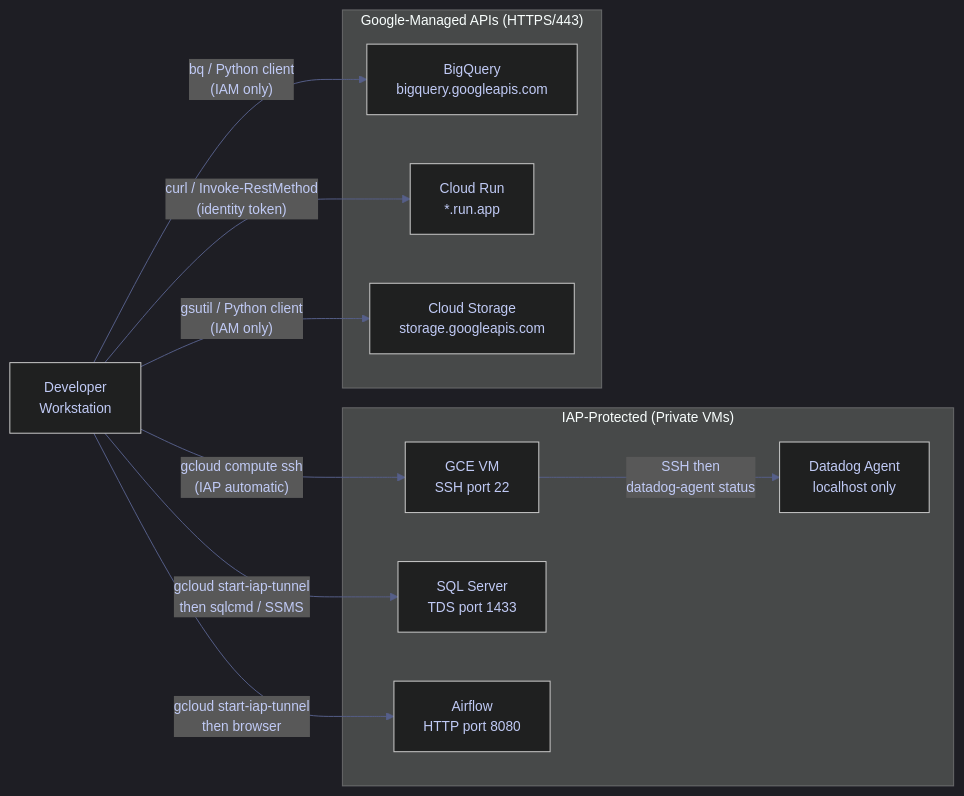
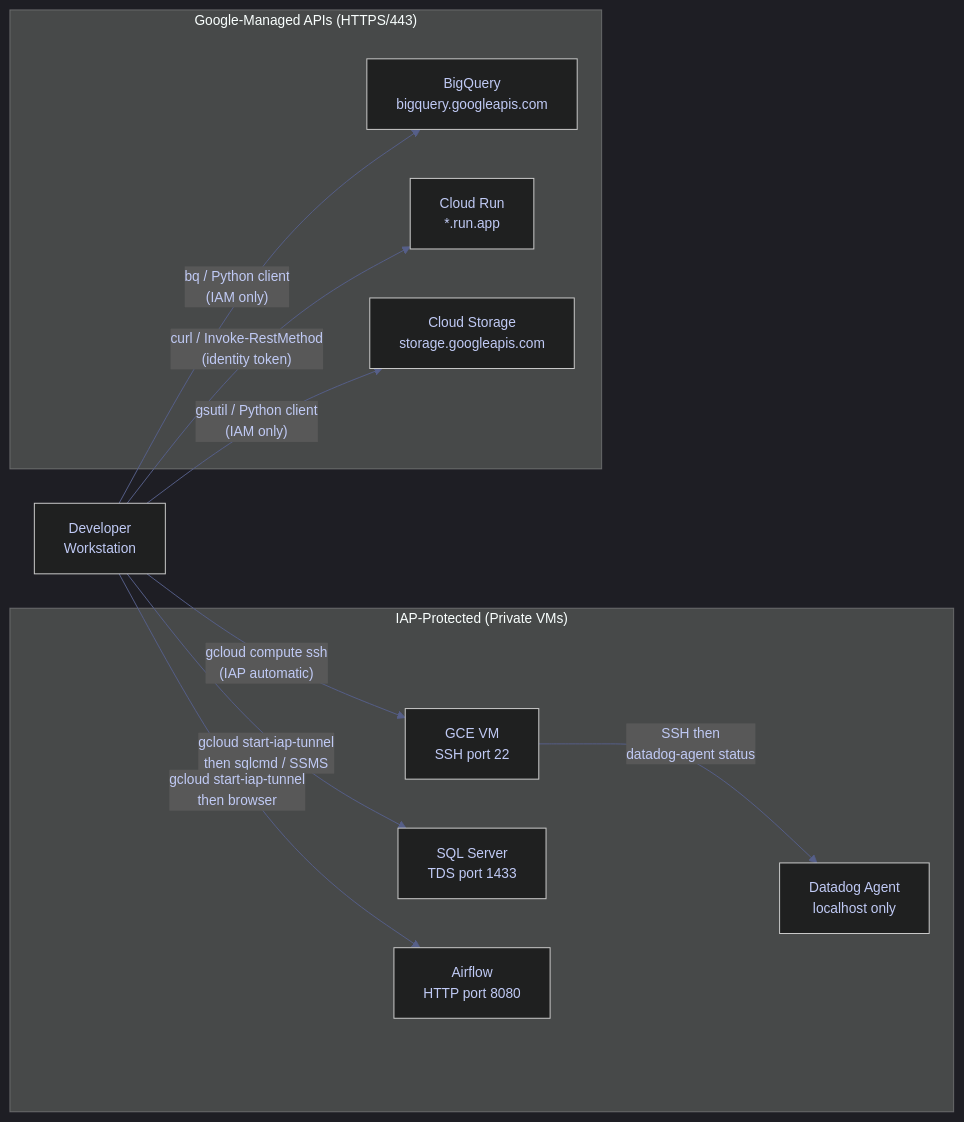
One commit to alp78/elysium changed the diagram in content/01-Shell/05-Networking/06-connecting-to-gcp-resources.md. Above: the diagram before and after it, drawn with Mermaid. The commit also changed 216 other files, not shown here.

````diff
--- a/content/01-Shell/05-Networking/06-connecting-to-gcp-resources.md
+++ b/content/01-Shell/05-Networking/06-connecting-to-gcp-resources.md
@@ -163,26 +163,37 @@
 ```mermaid
 %%{init: {'theme': 'dark', 'themeVariables': {'primaryColor': '#292e42','primaryTextColor': '#c0caf5','primaryBorderColor': '#565f89','lineColor': '#565f89','secondaryColor': '#1a1b26','tertiaryColor': '#24283b','noteTextColor': '#c0caf5','noteBkgColor': '#292e42','textColor': '#c0caf5','fontSize': '14px'}}}%%
 flowchart LR
     Dev["Developer<br>Workstation"]
 
     subgraph IAP["IAP-Protected (Private VMs)"]
+        IPAD[" "]
         SSH["GCE VM<br>SSH port 22"]
         SQL["SQL Server<br>TDS port 1433"]
         Airflow["Airflow<br>HTTP port 8080"]
         DD["Datadog Agent<br>localhost only"]
+        IPAD ~~~ SSH
+        IPAD ~~~ SQL
+        IPAD ~~~ Airflow
+        IPAD ~~~ DD
     end
 
     subgraph API["Google-Managed APIs (HTTPS/443)"]
+        APAD[" "]
         BQ["BigQuery<br>bigquery.googleapis.com"]
         CR["Cloud Run<br>*.run.app"]
         GCS["Cloud Storage<br>storage.googleapis.com"]
+        APAD ~~~ BQ
+        APAD ~~~ CR
+        APAD ~~~ GCS
     end
 
     Dev -->|"gcloud compute ssh<br>(IAP automatic)"| SSH
     Dev -->|"gcloud start-iap-tunnel<br>then sqlcmd / SSMS"| SQL
     Dev -->|"gcloud start-iap-tunnel<br>then browser"| Airflow
     SSH -->|"SSH then<br>datadog-agent status"| DD
+    style IPAD fill:transparent,stroke:transparent,color:transparent
+    style APAD fill:transparent,stroke:transparent,color:transparent
     Dev -->|"bq / Python client<br>(IAM only)"| BQ
     Dev -->|"curl / Invoke-RestMethod<br>(identity token)"| CR
     Dev -->|"gsutil / Python client<br>(IAM only)"| GCS
 ```
````
